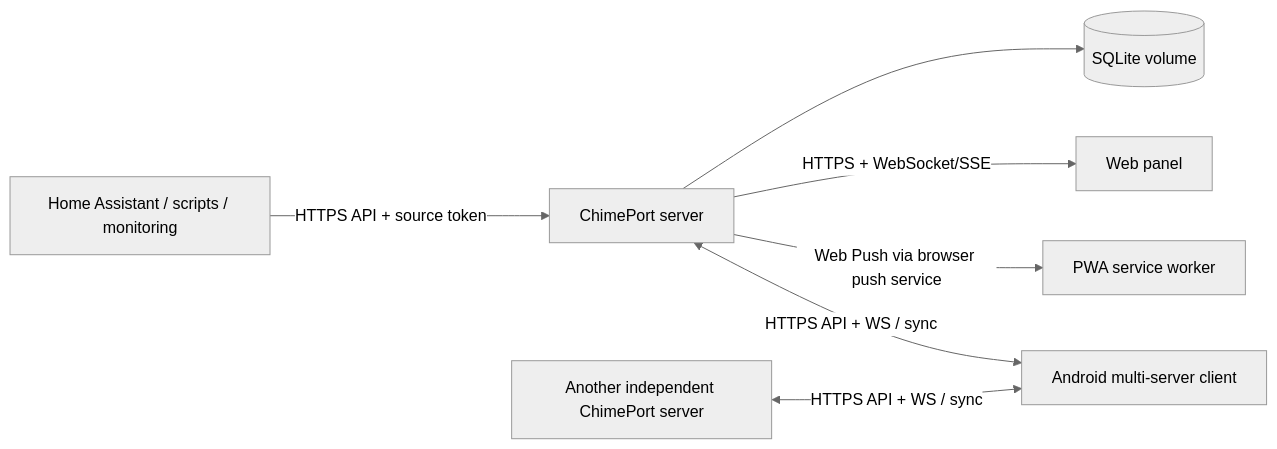
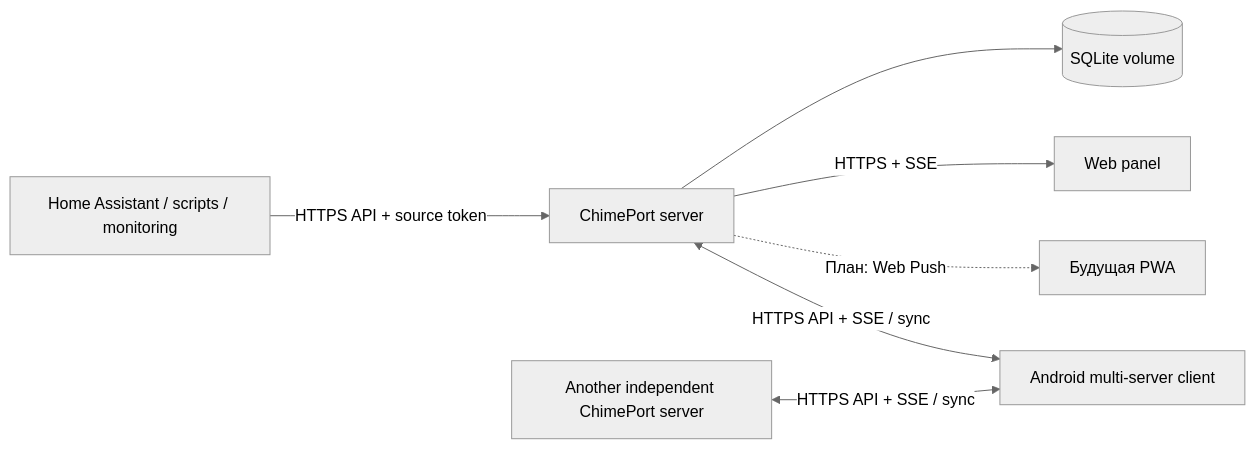
One commit to mirivlad/ChimePort changed the diagram in docs/02-ARCHITECTURE.md. Above: the diagram before and after it, drawn with Mermaid (neutral theme). The commit also changed other lines of this file and 20 other files, not shown here.

Commit message:
docs: align ChimePort v0.1.2 README and operations guides (#26)

````diff
--- a/docs/02-ARCHITECTURE.md
+++ b/docs/02-ARCHITECTURE.md
@@ -7,9 +7,9 @@
 ```mermaid
 flowchart LR
     H[Home Assistant / scripts / monitoring] -->|HTTPS API + source token| A[ChimePort server]
     A --> D[(SQLite volume)]
-    A -->|HTTPS + WebSocket/SSE| W[Web panel]
-    A -->|Web Push via browser push service| P[PWA service worker]
-    A <-->|HTTPS API + WS / sync| M[Android multi-server client]
-    B[Another independent ChimePort server] <-->|HTTPS API + WS / sync| M
+    A -->|HTTPS + SSE| W[Web panel]
+    A -.->|План: Web Push| P[Будущая PWA]
+    A <-->|HTTPS API + SSE / sync| M[Android multi-server client]
+    B[Another independent ChimePort server] <-->|HTTPS API + SSE / sync| M
 ```
````
